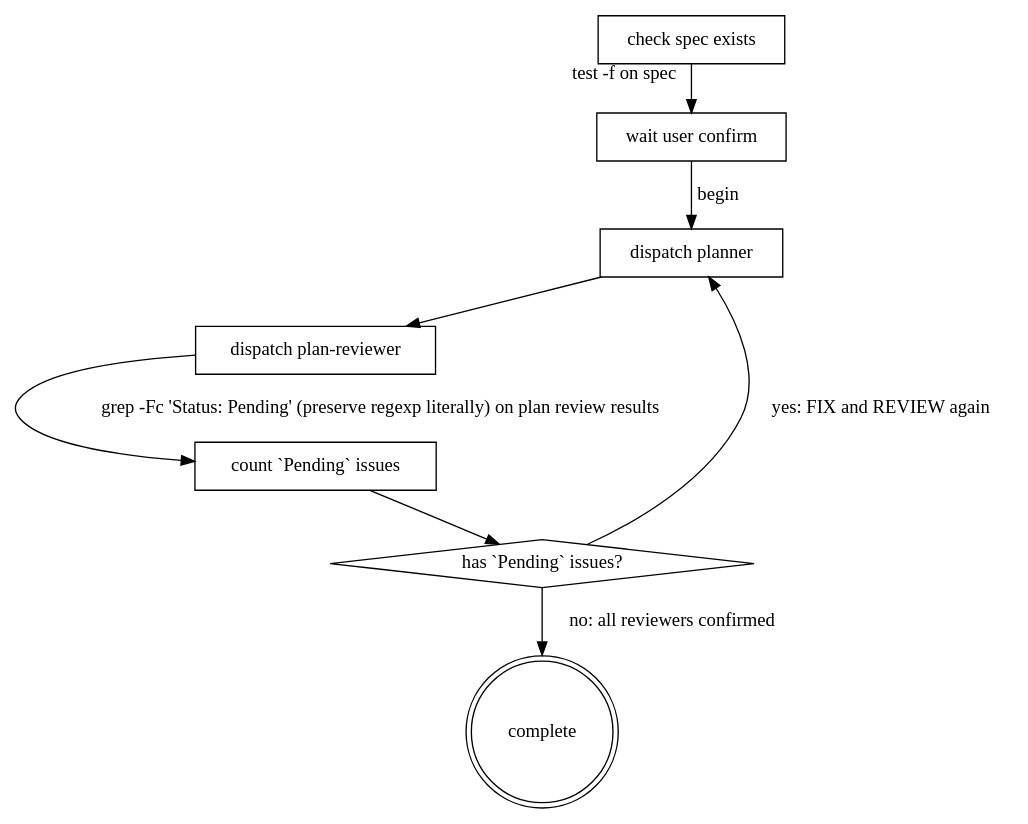
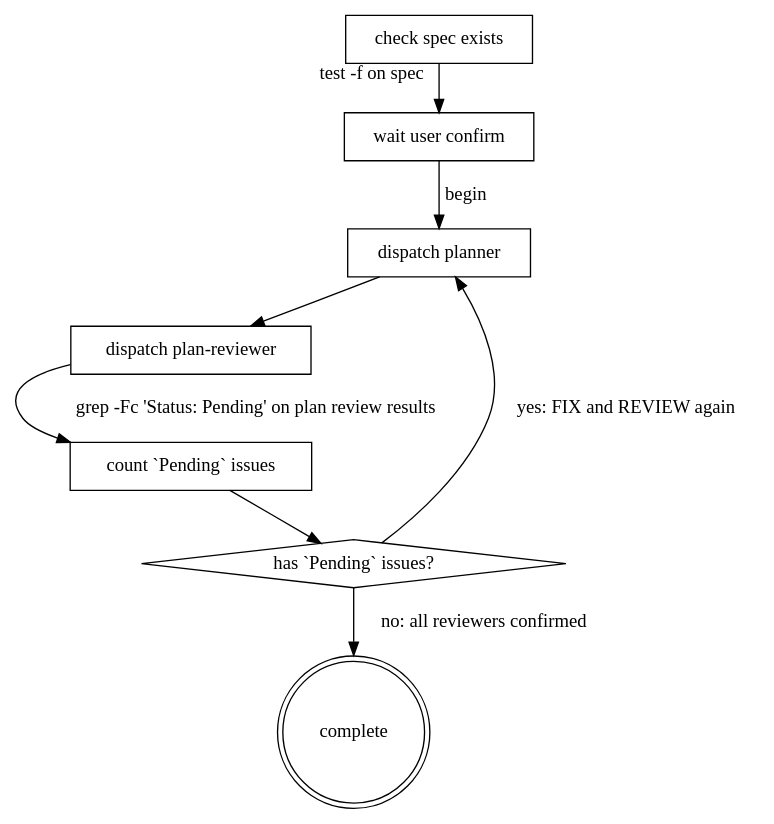
One commit to abadcafe/superteam changed the diagram in skills/planning/SKILL.md. Above: the diagram before and after it, drawn with Graphviz. The commit also changed 5 other files, not shown here.

````diff
--- a/skills/planning/SKILL.md
+++ b/skills/planning/SKILL.md
@@ -41,19 +41,19 @@
 ```dot
 digraph planning_flow {
   "check spec exists" [shape=box]
   "wait user confirm" [shape=box]
   "dispatch planner" [shape=box]
   "dispatch plan-reviewer" [shape=box]
   "count `Pending` issues" [shape=box]
   "has `Pending` issues?" [shape=diamond]
   "complete" [shape=doublecircle]
 
   "check spec exists" -> "wait user confirm" [taillabel="test -f on spec"]
   "wait user confirm" -> "dispatch planner" [label="begin"]
   "dispatch planner" -> "dispatch plan-reviewer"
-  "dispatch plan-reviewer" -> "count `Pending` issues" [label="grep -Fc 'Status: Pending' (preserve regexp literally) on plan review results"]
+  "dispatch plan-reviewer" -> "count `Pending` issues" [label="grep -Fc 'Status: Pending' on plan review results"]
   "count `Pending` issues" -> "has `Pending` issues?"
   "has `Pending` issues?" -> "dispatch planner" [label="yes: FIX and REVIEW again"]
   "has `Pending` issues?" -> "complete" [label="no: all reviewers confirmed"]
 }
 ```
````
